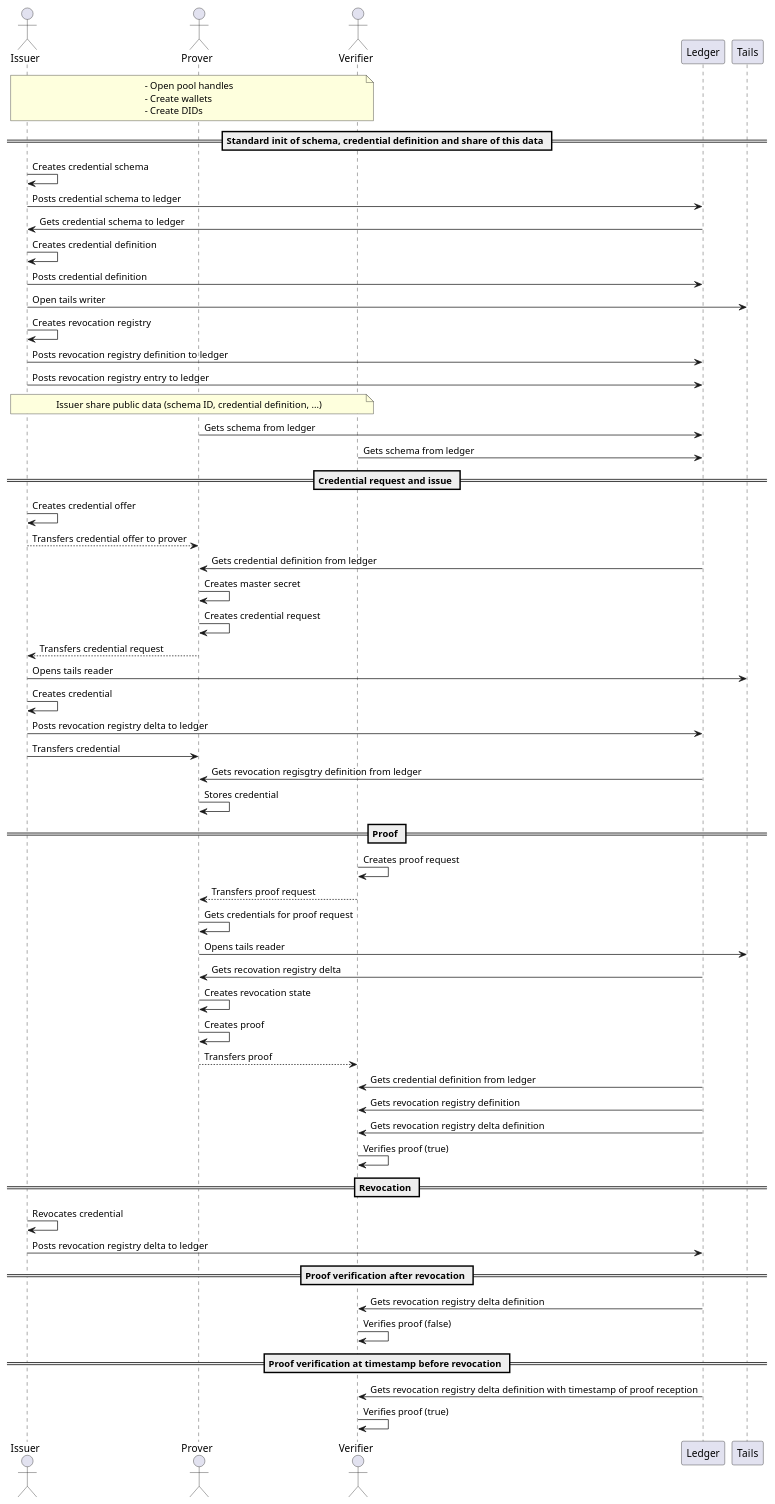
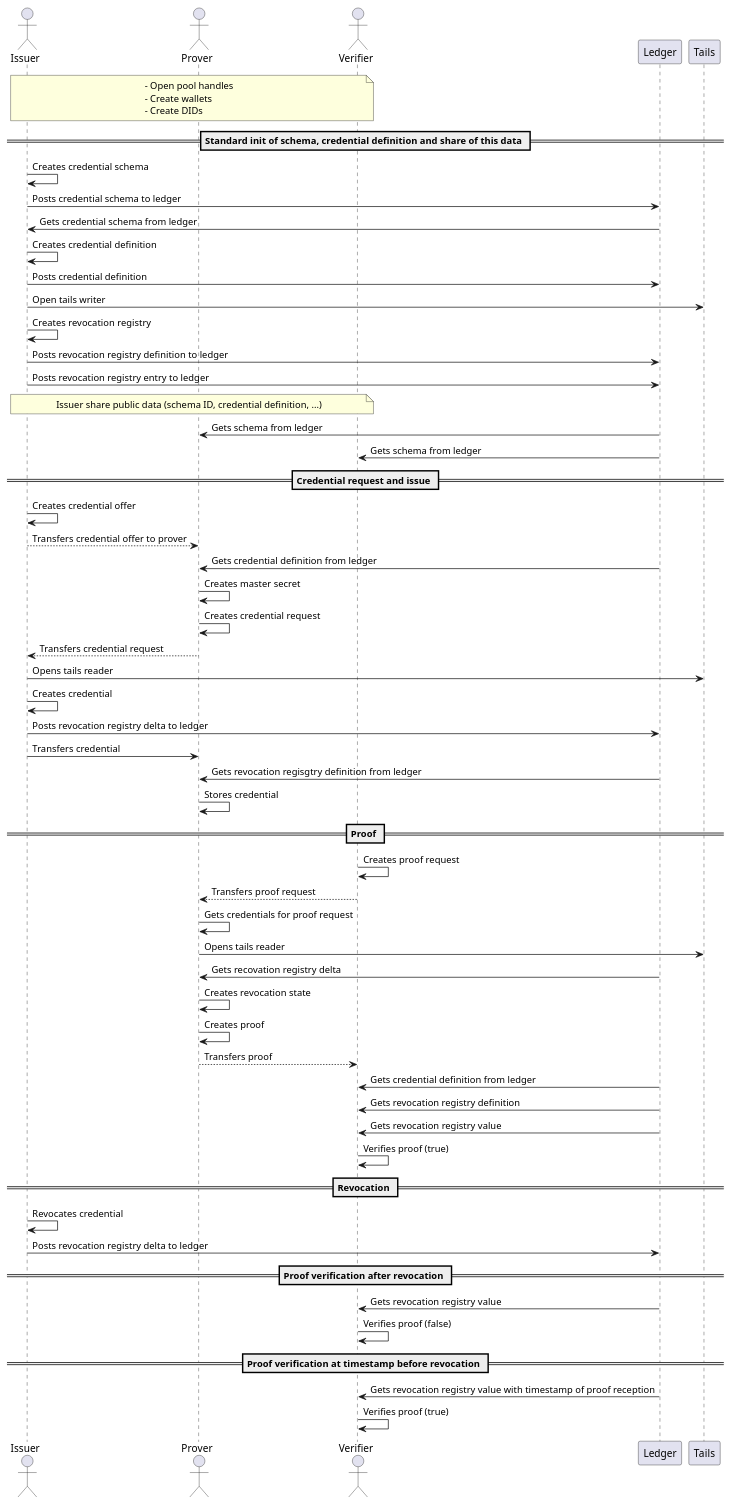
The diagram in samples/nodejs/doc/anoncredsRevocationScenario.puml (hyperledger-archives/indy-sdk), drawn with PlantUML before and after one commit. The commit also changed 1 other file, not shown here.

Commit message:
Fixed typos and small correction of NodeJS Anoncreds Revocation demo

```diff
--- a/samples/nodejs/doc/anoncredsRevocationScenario.puml
+++ b/samples/nodejs/doc/anoncredsRevocationScenario.puml
@@ -1,80 +1,80 @@
 @startuml
 
 actor "Issuer" as I
 actor "Prover" as P
 actor "Verifier" as V
 
 participant "Ledger" as L
 participant "Tails" as T
 
 note over I, V
 - Open pool handles
 - Create wallets
 - Create DIDs
 end note
 
 == Standard init of schema, credential definition and share of this data ==
 
 I -> I : Creates credential schema
 I -> L : Posts credential schema to ledger
-L -> I : Gets credential schema to ledger
+L -> I : Gets credential schema from ledger
 I -> I : Creates credential definition
 I -> L : Posts credential definition
 I -> T : Open tails writer
 I -> I : Creates revocation registry
 I -> L : Posts revocation registry definition to ledger
 I -> L : Posts revocation registry entry to ledger
 
 note over I, V
 Issuer share public data (schema ID, credential definition, ...)
 end note
 
-P -> L : Gets schema from ledger
-V -> L : Gets schema from ledger
+P <- L : Gets schema from ledger
+V <- L : Gets schema from ledger
 
 == Credential request and issue ==
 
 I -> I : Creates credential offer
 I --> P : Transfers credential offer to prover
 L -> P : Gets credential definition from ledger
 P -> P : Creates master secret
 P -> P : Creates credential request
 P --> I : Transfers credential request
 I -> T : Opens tails reader
 I -> I : Creates credential
 I -> L : Posts revocation registry delta to ledger
 I -> P : Transfers credential
 L -> P : Gets revocation regisgtry definition from ledger
 P -> P : Stores credential
 
 == Proof ==
 
 V -> V : Creates proof request
 V --> P : Transfers proof request
 P -> P : Gets credentials for proof request
 P -> T : Opens tails reader
 L -> P : Gets recovation registry delta
 P -> P :Creates revocation state
 P -> P : Creates proof
 P --> V : Transfers proof
 L -> V : Gets credential definition from ledger
 L -> V : Gets revocation registry definition
-L -> V : Gets revocation registry delta definition
+L -> V : Gets revocation registry value
 V -> V : Verifies proof (true)
 
 == Revocation ==
 
 I -> I : Revocates credential
 I -> L : Posts revocation registry delta to ledger
 
 == Proof verification after revocation ==
 
-L -> V : Gets revocation registry delta definition
+L -> V : Gets revocation registry value
 V -> V : Verifies proof (false)
 
 == Proof verification at timestamp before revocation ==
 
-L -> V : Gets revocation registry delta definition with timestamp of proof reception
+L -> V : Gets revocation registry value with timestamp of proof reception
 V -> V : Verifies proof (true)
 
 @enduml
```
